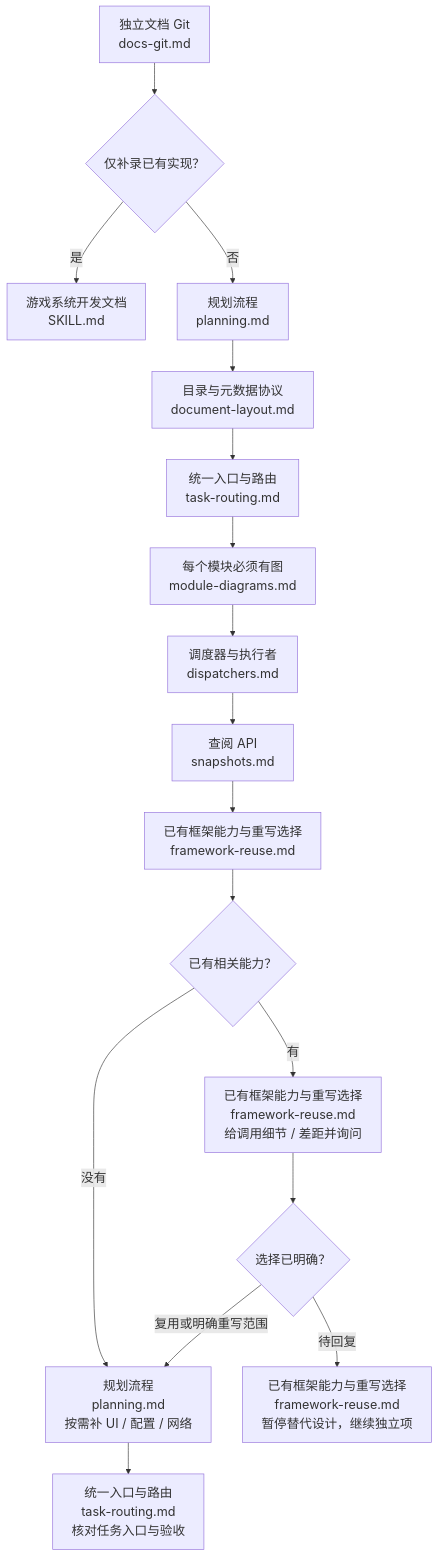
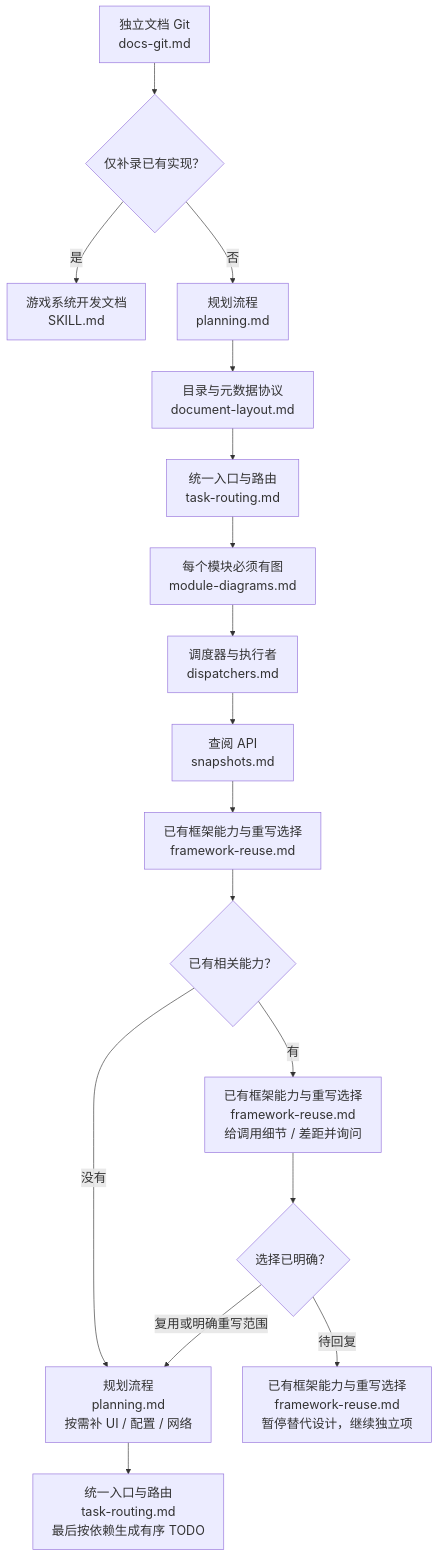
Before and after one commit to 229196637/game-development-skills: the first of 3 diagrams in game-system-development-planning/SKILL.md, drawn with Mermaid. The commit also changed other lines of this file and 7 other files, not shown here.

````diff
--- a/game-system-development-planning/SKILL.md
+++ b/game-system-development-planning/SKILL.md
@@ -18,34 +18,34 @@
 ```mermaid
 %%{init: {"themeVariables": {"fontSize": "20px"}, "flowchart": {"wrappingWidth": 360}}}%%
 flowchart TD
   Git["独立文档 Git<br/>docs-git.md"] --> Scope{"仅补录已有实现？"}
   Scope -->|是| Docs["游戏系统开发文档<br/>SKILL.md"]
   Scope -->|否| Plan["规划流程<br/>planning.md"]
   Plan --> Layout["目录与元数据协议<br/>document-layout.md"]
   Layout --> Task["统一入口与路由<br/>task-routing.md"]
   Task --> Graph["每个模块必须有图<br/>module-diagrams.md"]
   Graph --> Dispatch["调度器与执行者<br/>dispatchers.md"]
   Dispatch --> Api["查阅 API<br/>snapshots.md"]
   Api --> Framework["已有框架能力与重写选择<br/>framework-reuse.md"]
   Framework --> Existing{"已有相关能力？"}
   Existing -->|没有| Extensions
   Existing -->|有| Details["已有框架能力与重写选择<br/>framework-reuse.md<br/>给调用细节 / 差距并询问"]
   Details --> Chosen{"选择已明确？"}
   Chosen -->|待回复| Pending["已有框架能力与重写选择<br/>framework-reuse.md<br/>暂停替代设计，继续独立项"]
   Chosen -->|复用或明确重写范围| Extensions
   Extensions["规划流程<br/>planning.md<br/>按需补 UI / 配置 / 网络"]
-  Extensions --> Ready["统一入口与路由<br/>task-routing.md<br/>核对任务入口与验收"]
+  Extensions --> Ready["统一入口与路由<br/>task-routing.md<br/>最后按依赖生成有序 TODO"]
   click Git "references/contracts/docs-git.md"
   click Docs "../game-system-development-documentation/SKILL.md"
   click Plan "references/workflows/planning.md"
   click Layout "references/contracts/document-layout.md"
   click Task "references/workflows/task-routing.md"
   click Graph "references/workflows/module-diagrams.md"
   click Dispatch "references/workflows/dispatchers.md"
   click Api "../game-system-development-documentation/references/api/snapshots.md"
   click Framework "references/workflows/framework-reuse.md"
   click Details "references/workflows/framework-reuse.md"
   click Pending "references/workflows/framework-reuse.md"
   click Extensions "references/workflows/planning.md"
   click Ready "references/workflows/task-routing.md"
 ```
````
